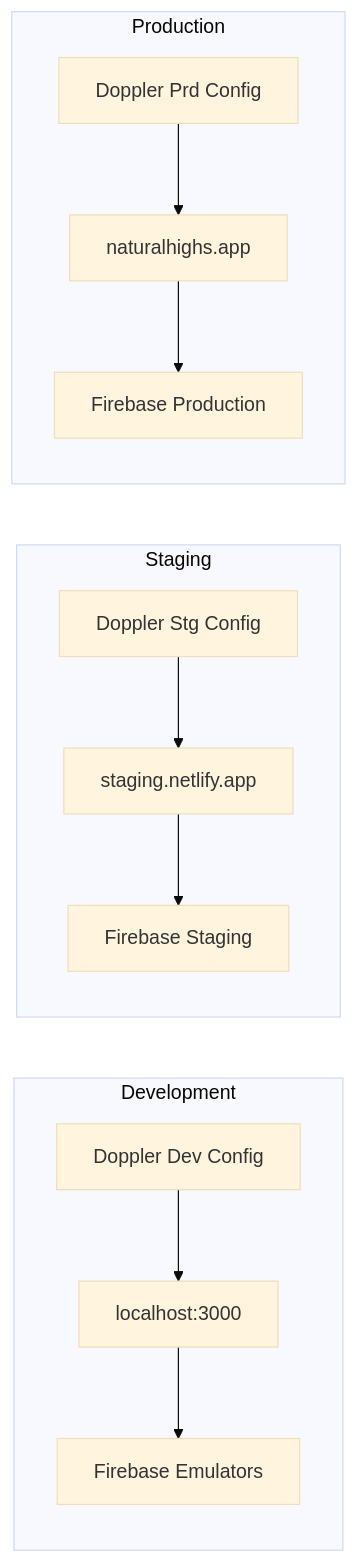
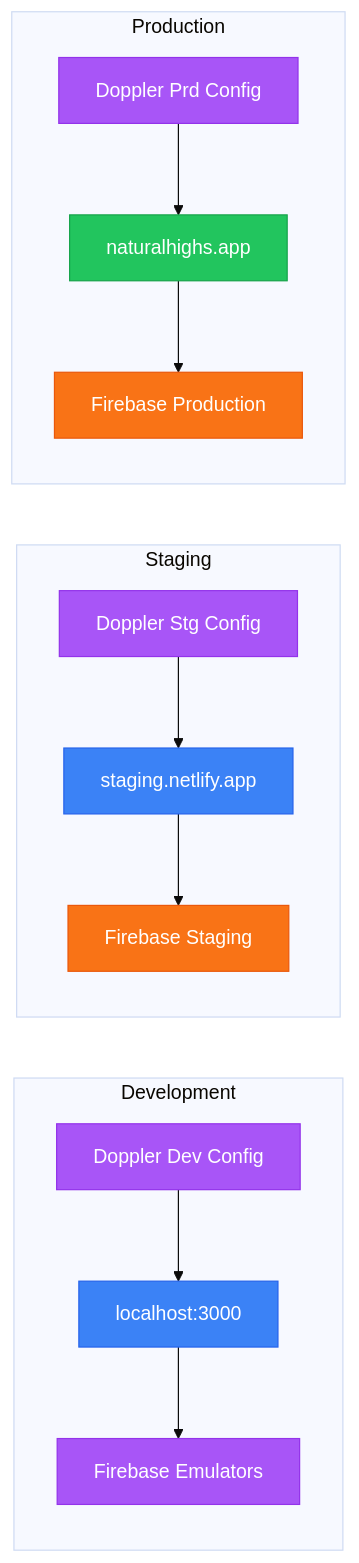
Before and after one commit to Natural-Highs/live: the third of 3 diagrams in docs/project/02-architecture.md, drawn with Mermaid (base theme). The commit also changed other lines of this file and 11 other files, not shown here.

````diff
--- a/docs/project/02-architecture.md
+++ b/docs/project/02-architecture.md
@@ -194,29 +207,39 @@
 ```mermaid
 flowchart LR
     subgraph DEV["Development"]
         D_APP[localhost:3000]
         D_EMU[Firebase Emulators]
         D_DOP[Doppler Dev Config]
     end
 
     subgraph STG["Staging"]
         S_APP[staging.netlify.app]
         S_FB[Firebase Staging]
         S_DOP[Doppler Stg Config]
     end
 
     subgraph PRD["Production"]
         P_APP[naturalhighs.app]
         P_FB[Firebase Production]
         P_DOP[Doppler Prd Config]
     end
 
     D_DOP --> D_APP
     D_APP --> D_EMU
 
     S_DOP --> S_APP
     S_APP --> S_FB
 
     P_DOP --> P_APP
     P_APP --> P_FB
+
+    style D_APP fill:#3b82f6,stroke:#2563eb,color:#fff
+    style D_EMU fill:#a855f7,stroke:#9333ea,color:#fff
+    style D_DOP fill:#a855f7,stroke:#9333ea,color:#fff
+    style S_APP fill:#3b82f6,stroke:#2563eb,color:#fff
+    style S_FB fill:#f97316,stroke:#ea580c,color:#fff
+    style S_DOP fill:#a855f7,stroke:#9333ea,color:#fff
+    style P_APP fill:#22c55e,stroke:#16a34a,color:#fff
+    style P_FB fill:#f97316,stroke:#ea580c,color:#fff
+    style P_DOP fill:#a855f7,stroke:#9333ea,color:#fff
 ```
````
